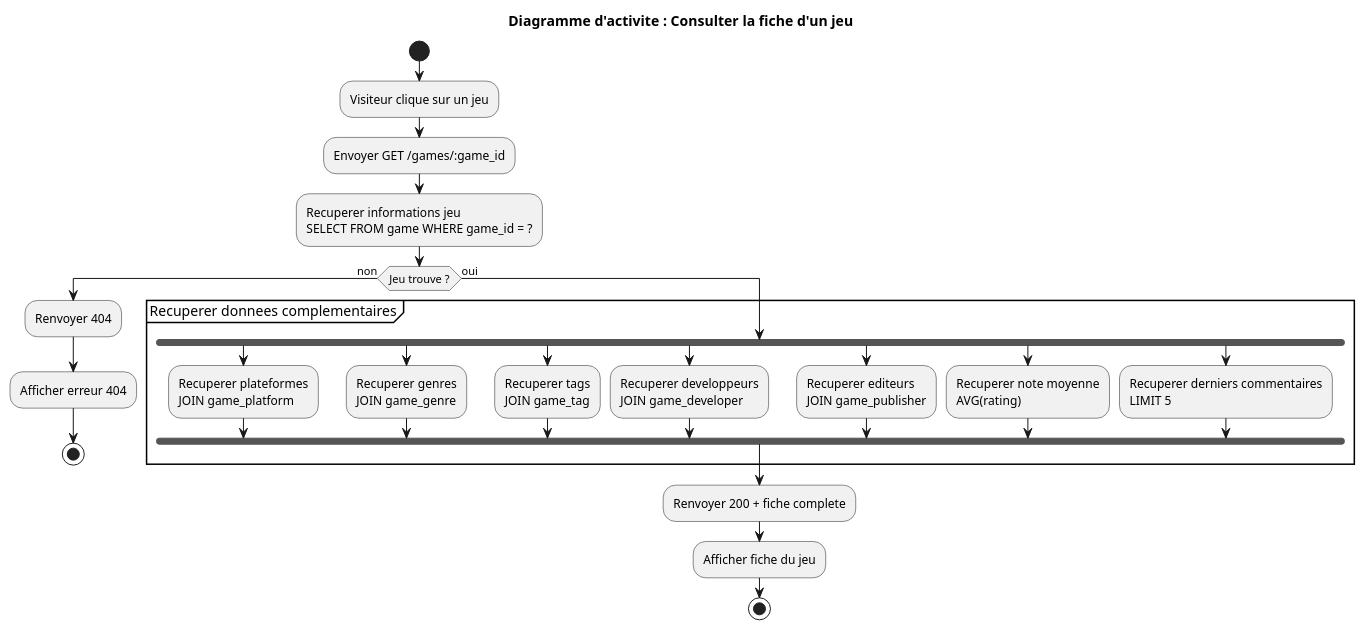
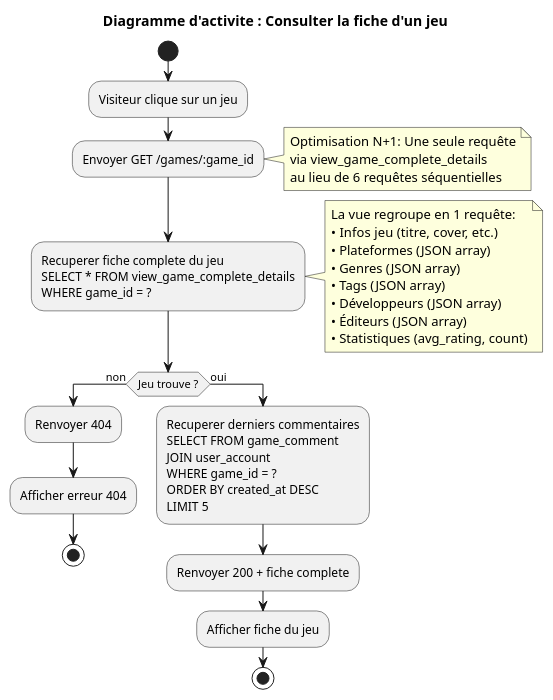
One commit to Zodiarche/MyGameList changed the diagram in uml/activity/view-game-detail.puml. Above: the diagram before and after it, drawn with PlantUML. The commit also changed 2 other files, not shown here.

Commit message:
Correction d'une requête séquentielle N+1 pour la récupération des données d'un jeu pour sa fiche

```diff
--- a/uml/activity/view-game-detail.puml
+++ b/uml/activity/view-game-detail.puml
@@ -1,40 +1,41 @@
 @startuml Activity_ConsulterFicheJeu
 title Diagramme d'activite : Consulter la fiche d'un jeu
 
 start
 
 :Visiteur clique sur un jeu;
 
 :Envoyer GET /games/:game_id;
 
-:Recuperer informations jeu\nSELECT FROM game WHERE game_id = ?;
+note right
+  Optimisation N+1: Une seule requête
+  via view_game_complete_details
+  au lieu de 6 requêtes séquentielles
+end note
+
+:Recuperer fiche complete du jeu\nSELECT * FROM view_game_complete_details\nWHERE game_id = ?;
+
+note right
+  La vue regroupe en 1 requête:
+  • Infos jeu (titre, cover, etc.)
+  • Plateformes (JSON array)
+  • Genres (JSON array)
+  • Tags (JSON array)
+  • Développeurs (JSON array)
+  • Éditeurs (JSON array)
+  • Statistiques (avg_rating, count)
+end note
 
 if (Jeu trouve ?) then (non)
   :Renvoyer 404;
   :Afficher erreur 404;
   stop
 else (oui)
-  partition "Recuperer donnees complementaires" {
-    fork
-      :Recuperer plateformes\nJOIN game_platform;
-    fork again
-      :Recuperer genres\nJOIN game_genre;
-    fork again
-      :Recuperer tags\nJOIN game_tag;
-    fork again
-      :Recuperer developpeurs\nJOIN game_developer;
-    fork again
-      :Recuperer editeurs\nJOIN game_publisher;
-    fork again
-      :Recuperer note moyenne\nAVG(rating);
-    fork again
-      :Recuperer derniers commentaires\nLIMIT 5;
-    end fork
-  }
+  :Recuperer derniers commentaires\nSELECT FROM game_comment\nJOIN user_account\nWHERE game_id = ?\nORDER BY created_at DESC\nLIMIT 5;
   
   :Renvoyer 200 + fiche complete;
   :Afficher fiche du jeu;
   stop
 endif
 
 @enduml
```
